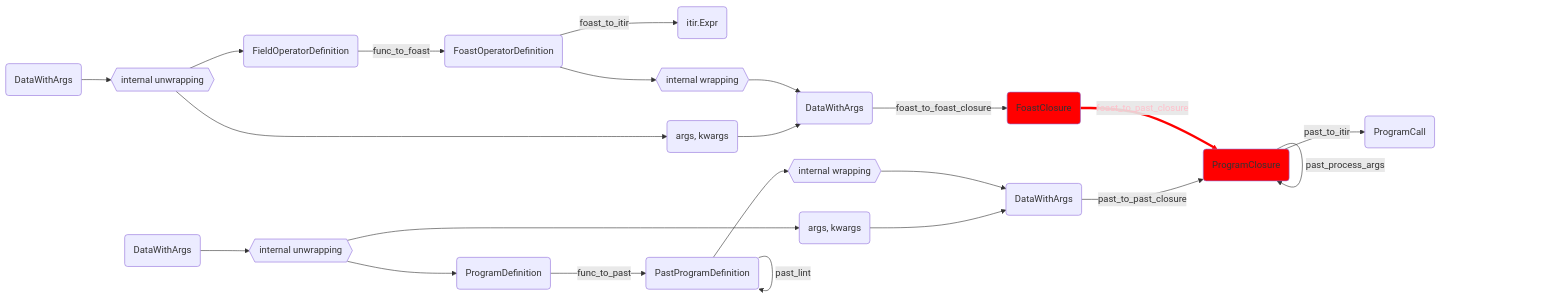
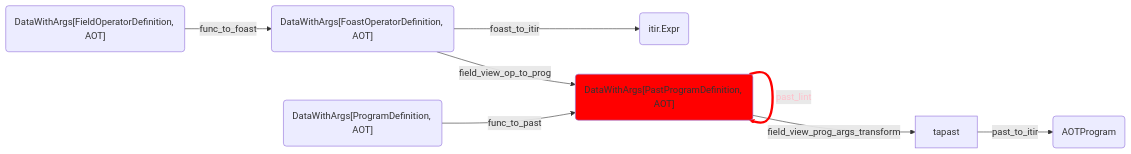
Before and after one commit to GridTools/gt4py: the fifth of 10 diagrams in docs/user/next/advanced/ToolchainWalkthrough.md, drawn with Mermaid. The commit also changed other lines of this file and 10 other files, not shown here.

````diff
--- a/docs/user/next/advanced/ToolchainWalkthrough.md
+++ b/docs/user/next/advanced/ToolchainWalkthrough.md
@@ -220,30 +159,16 @@
 ```mermaid
 graph LR
 
-fdef(FieldOperatorDefinition) -->|func_to_foast| foast(FoastOperatorDefinition)
+fdef("DataWithArgs[FieldOperatorDefinition, AOT]") -->|func_to_foast| foast("DataWithArgs[FoastOperatorDefinition, AOT]")
 foast -->|foast_to_itir| itir_expr(itir.Expr)
-foasta -->|foast_to_foast_closure| fclos(FoastClosure)
-fclos -->|foast_to_past_closure| pclos(PastClosure)
-pclos -->|past_process_args| pclos
-pclos -->|past_to_itir| pcall(ProgramCall)
+foast -->|field_view_op_to_prog| past("DataWithArgs[PastProgramDefinition, AOT]")
+past -->|past_lint| past
+past -->|field_view_prog_args_transform| tapast
+tapast -->|past_to_itir| pcall(AOTProgram)
 
-pdef(ProgramDefinition) -->|func_to_past| past(PastProgramDefinition)
-past -->|past_lint| past
-pasta -->|past_to_past_closure| pclos(ProgramClosure)
+pdef("DataWithArgs[ProgramDefinition, AOT]") -->|func_to_past| past("DataWithArgs[PastProgramDefinition, AOT]")
 
-fdefa(DataWithArgs) --> fuwr{{"internal unwrapping"}} --> fdef
-fuwr --> fargs(args, kwargs)
-
-foast --> fiwr{{"internal wrapping"}} --> foasta(DataWithArgs)
-fargs --> foasta
-
-pdefa(DataWithArgs) --> puwr{{"internal unwrapping"}} --> pdef
-puwr --> pargs(args, kwargs)
-
-past --> piwr{{"internal wrapping"}} --> pasta(DataWithArgs)
-pargs --> pasta
-
-style fclos fill:red
-style pclos fill:red
+style past fill:red
+%%style tapast fill:red
 linkStyle 3 stroke:red,stroke-width:4px,color:pink
 ```
````
